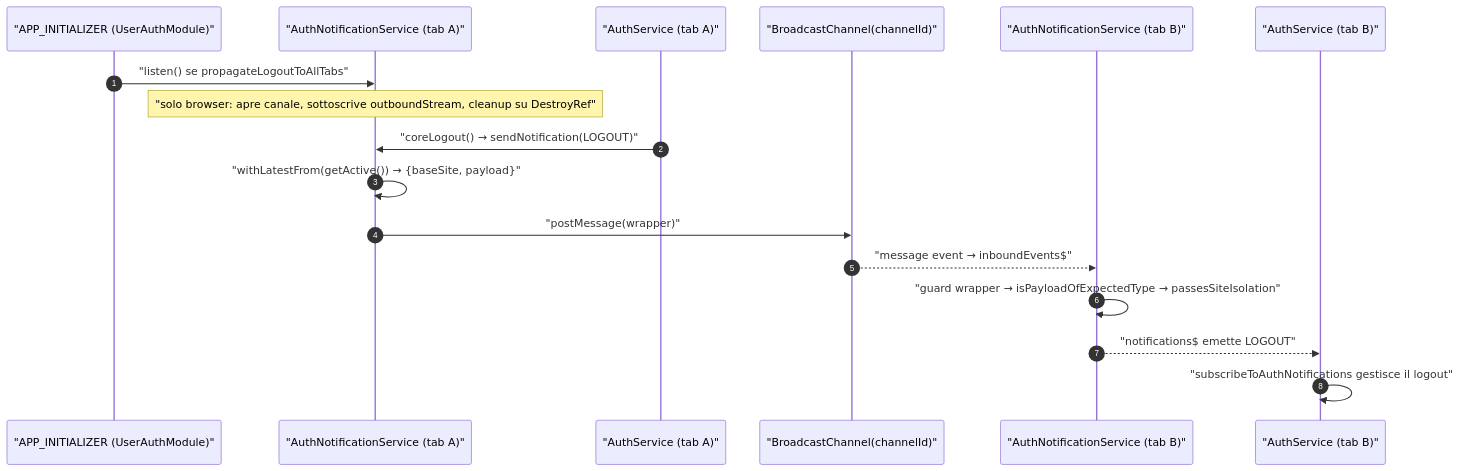
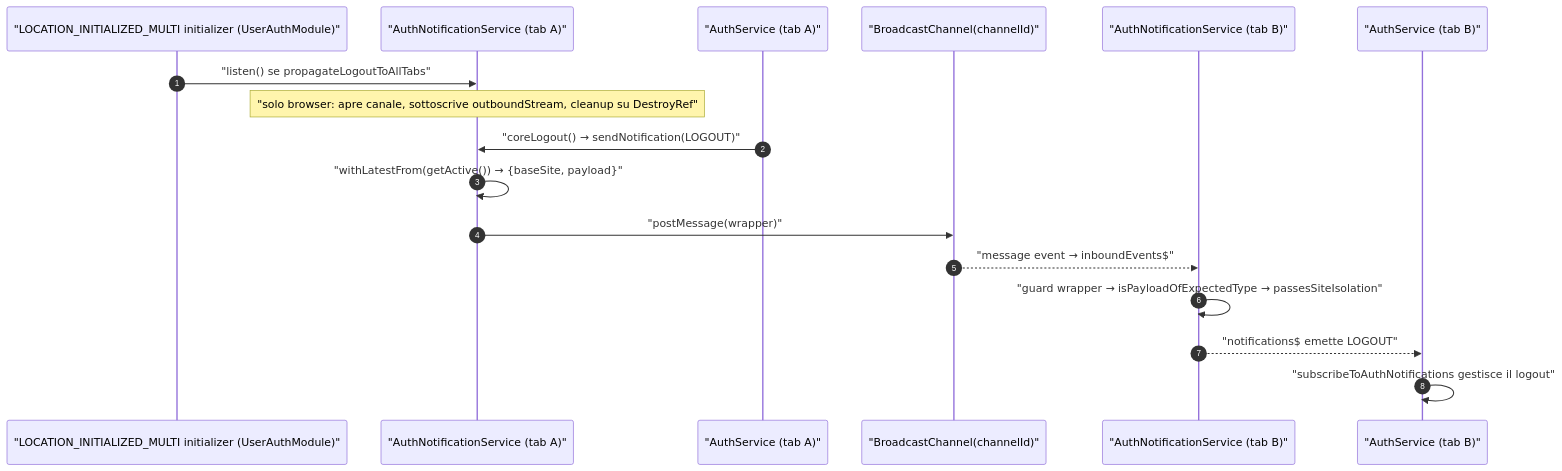
Before and after one commit to mgiuditta/spartacus: the fifth of 5 diagrams in docs/spartacus-book/parte-2/46-util-modelli.md, drawn with Mermaid. The commit also changed other lines of this file and 7 other files, not shown here.

````diff
--- a/docs/spartacus-book/parte-2/46-util-modelli.md
+++ b/docs/spartacus-book/parte-2/46-util-modelli.md
@@ -346,19 +346,19 @@
 ```mermaid
 sequenceDiagram
     autonumber
-    participant I as "APP_INITIALIZER (UserAuthModule)"
+    participant I as "LOCATION_INITIALIZED_MULTI initializer (UserAuthModule)"
     participant SA as "AuthNotificationService (tab A)"
     participant AS as "AuthService (tab A)"
     participant BC as "BroadcastChannel(channelId)"
     participant SB as "AuthNotificationService (tab B)"
     participant AB as "AuthService (tab B)"
     I->>SA: "listen() se propagateLogoutToAllTabs"
     Note over SA: "solo browser: apre canale, sottoscrive outboundStream, cleanup su DestroyRef"
     AS->>SA: "coreLogout() → sendNotification(LOGOUT)"
     SA->>SA: "withLatestFrom(getActive()) → {baseSite, payload}"
     SA->>BC: "postMessage(wrapper)"
     BC-->>SB: "message event → inboundEvents$"
     SB->>SB: "guard wrapper → isPayloadOfExpectedType → passesSiteIsolation"
     SB-->>AB: "notifications$ emette LOGOUT"
     AB->>AB: "subscribeToAuthNotifications gestisce il logout"
 ```
````
